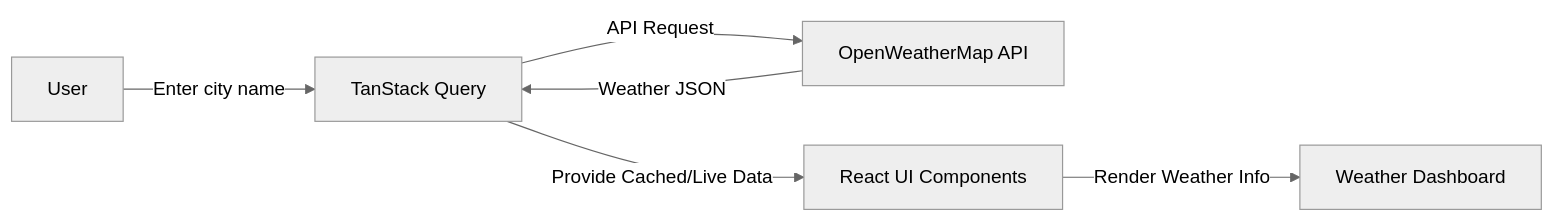
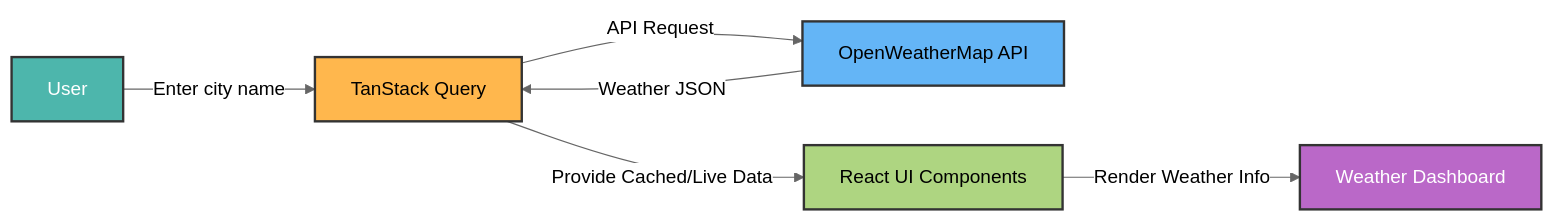
Before and after one commit to tusharAgarwal2511/Climatic: the diagram in README.md, drawn with Mermaid (neutral theme).

Commit message:
made overview section better

````diff
--- a/README.md
+++ b/README.md
@@ -61,8 +61,13 @@
 ```mermaid
 flowchart LR
     U[User] -->|Enter city name| T[TanStack Query]
     T -->|API Request| O[OpenWeatherMap API]
     O -->|Weather JSON| T
     T -->|Provide Cached/Live Data| R[React UI Components]
     R -->|Render Weather Info| UI[Weather Dashboard]
+    style U fill:#4db6ac,stroke:#333,stroke-width:2px,color:#fff
+    style T fill:#ffb74d,stroke:#333,stroke-width:2px
+    style O fill:#64b5f6,stroke:#333,stroke-width:2px
+    style R fill:#aed581,stroke:#333,stroke-width:2px
+    style UI fill:#ba68c8,stroke:#333,stroke-width:2px,color:#fff
 ```
````
